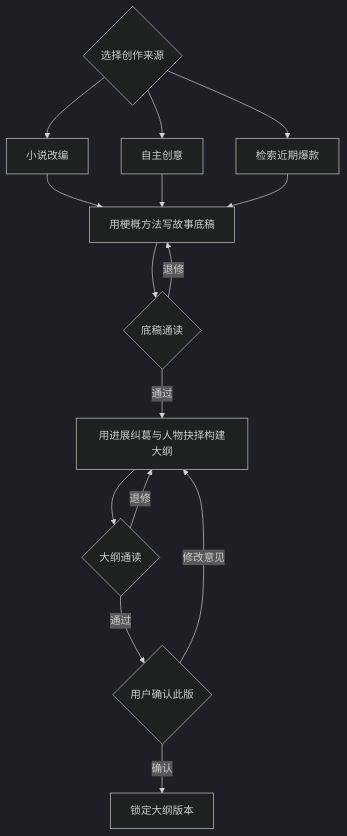
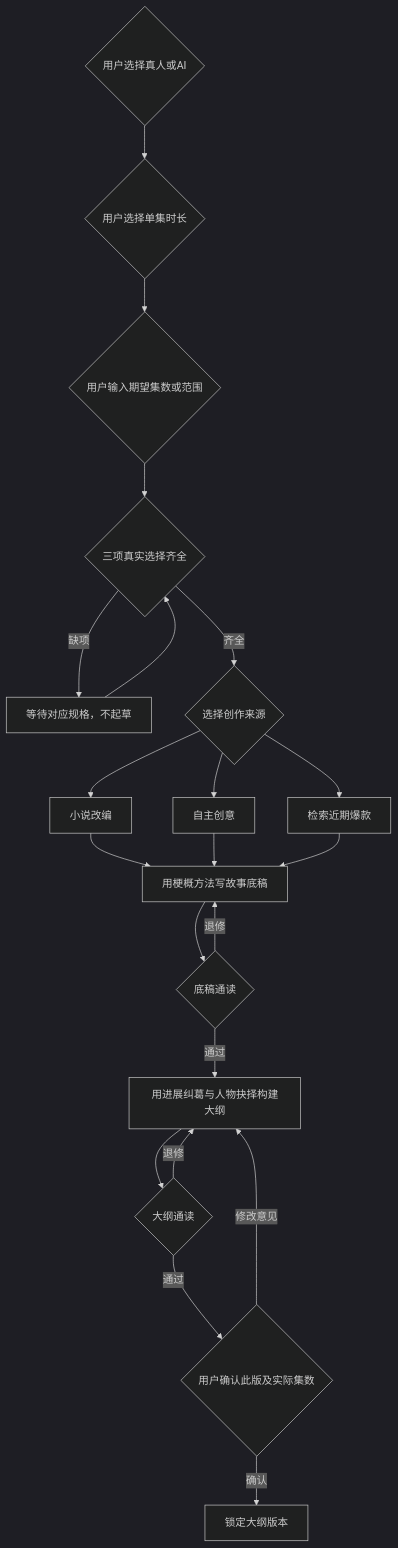
The first of 3 diagrams in README.md (CodeBlueFriend/mm-write-short-drama), drawn with Mermaid (dark theme) before and after one commit. The commit also changed other lines of this file and 26 other files, not shown here.

````diff
--- a/README.md
+++ b/README.md
@@ -17,17 +19,22 @@
 ```mermaid
 flowchart TD
-    S{"选择创作来源"} --> A["小说改编"]
+    P{"用户选择真人或AI"} --> T{"用户选择单集时长"}
+    T --> N{"用户输入期望集数或范围"}
+    N --> Q{"三项真实选择齐全"}
+    Q -->|缺项| W["等待对应规格，不起草"]
+    W --> Q
+    Q -->|齐全| S{"选择创作来源"} --> A["小说改编"]
     S --> B["自主创意"]
     S --> C["检索近期爆款"]
     A --> D["用梗概方法写故事底稿"]
     B --> D
     C --> D
     D --> E{"底稿通读"}
     E -->|退修| D
     E -->|通过| F["用进展纠葛与人物抉择构建大纲"]
     F --> G{"大纲通读"}
     G -->|退修| F
-    G -->|通过| H{"用户确认此版"}
+    G -->|通过| H{"用户确认此版及实际集数"}
     H -->|修改意见| F
     H -->|确认| I["锁定大纲版本"]
 ```
````
